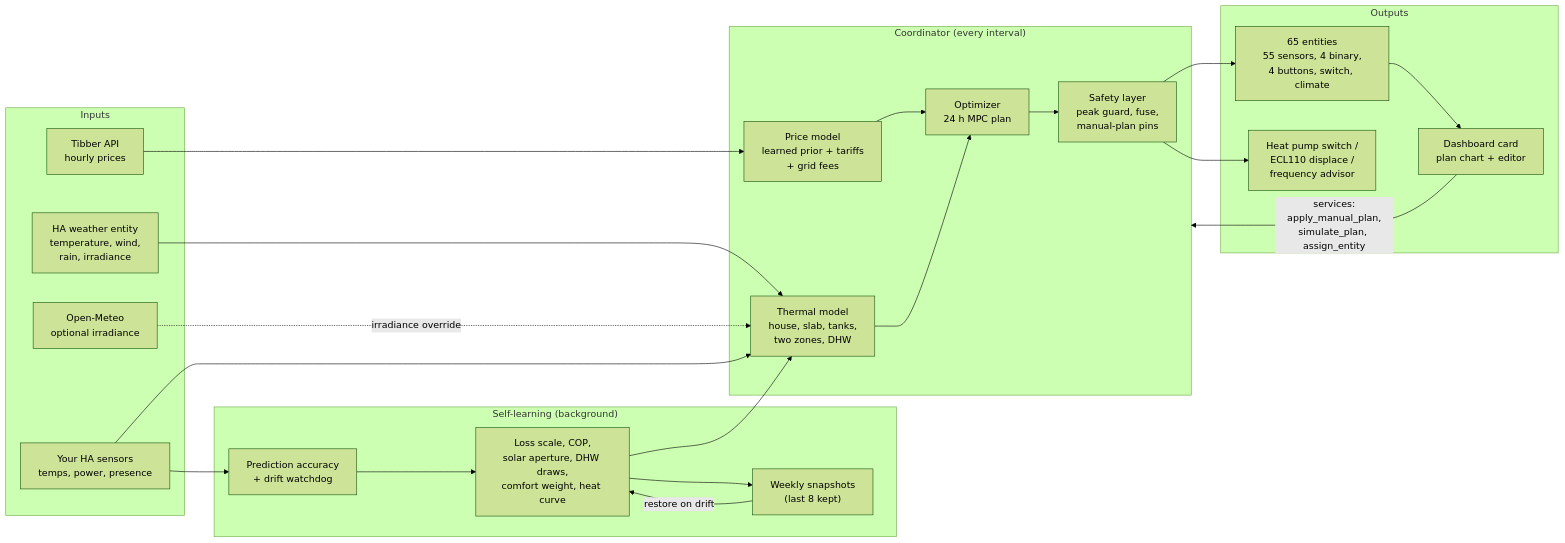
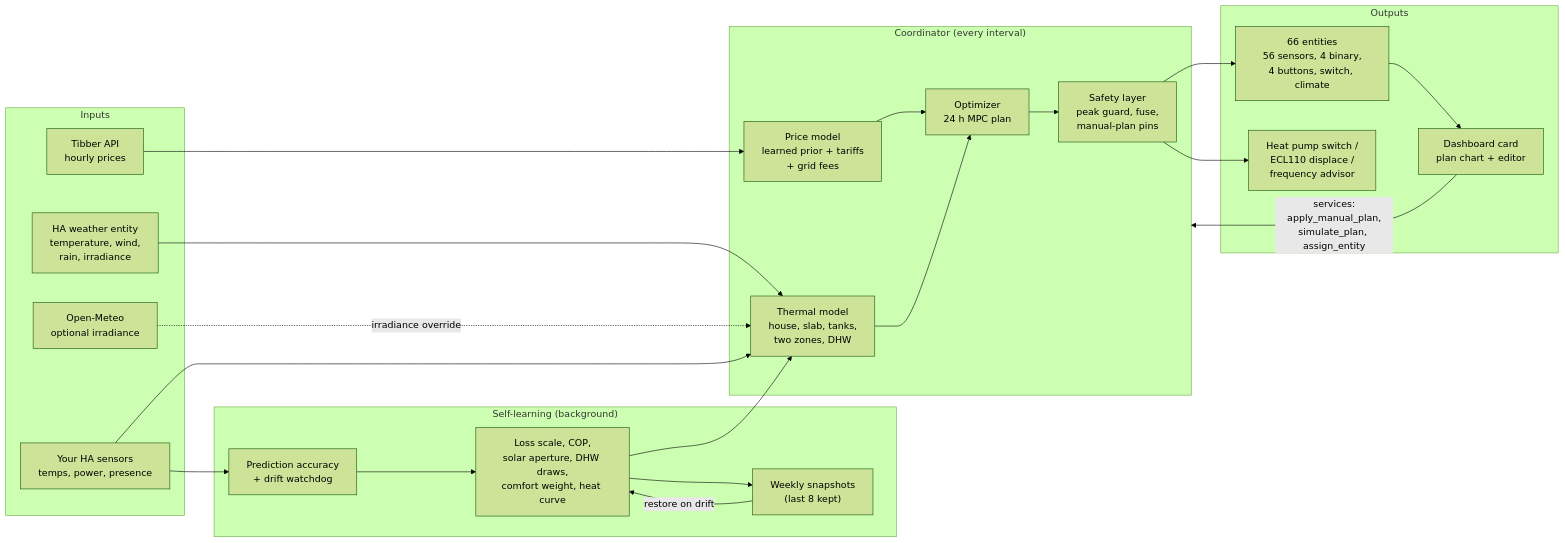
Before and after one commit to tvofi/heatpump_optimizer: the first of 3 diagrams in README.md, drawn with Mermaid (forest theme). The commit also changed other lines of this file and 8 other files, not shown here.

````diff
--- a/README.md
+++ b/README.md
@@ -30,45 +30,45 @@
 ```mermaid
 flowchart LR
     subgraph inputs["Inputs"]
         tibber["Tibber API<br/>hourly prices"]
         weather["HA weather entity<br/>temperature, wind,<br/>rain, irradiance"]
         meteo["Open-Meteo<br/>optional irradiance"]
         ha["Your HA sensors<br/>temps, power, presence"]
     end
 
     subgraph brain["Coordinator (every interval)"]
         pm["Price model<br/>learned prior + tariffs<br/>+ grid fees"]
         tm["Thermal model<br/>house, slab, tanks,<br/>two zones, DHW"]
         opt["Optimizer<br/>24 h MPC plan"]
         guard["Safety layer<br/>peak guard, fuse,<br/>manual-plan pins"]
     end
 
     subgraph learn["Self-learning (background)"]
         acc["Prediction accuracy<br/>+ drift watchdog"]
         learners["Loss scale, COP,<br/>solar aperture, DHW draws,<br/>comfort weight, heat curve"]
         snap["Weekly snapshots<br/>(last 8 kept)"]
     end
 
     subgraph out["Outputs"]
-        ent["65 entities<br/>55 sensors, 4 binary,<br/>4 buttons, switch, climate"]
+        ent["66 entities<br/>56 sensors, 4 binary,<br/>4 buttons, switch, climate"]
         card["Dashboard card<br/>plan chart + editor"]
         ctl["Heat pump switch /<br/>ECL110 displace /<br/>frequency advisor"]
     end
 
     tibber --> pm
     weather --> tm
     meteo -. "irradiance override" .-> tm
     ha --> tm
     pm --> opt
     tm --> opt
     opt --> guard
     guard --> ent
     guard --> ctl
     ent --> card
     card -- "services:<br/>apply_manual_plan,<br/>simulate_plan, assign_entity" --> brain
     acc --> learners
     learners --> tm
     learners --> snap
     snap -- "restore on drift" --> learners
     ha --> acc
 ```
````
